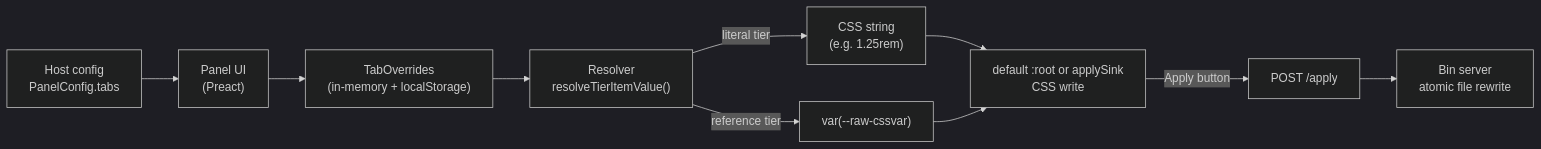
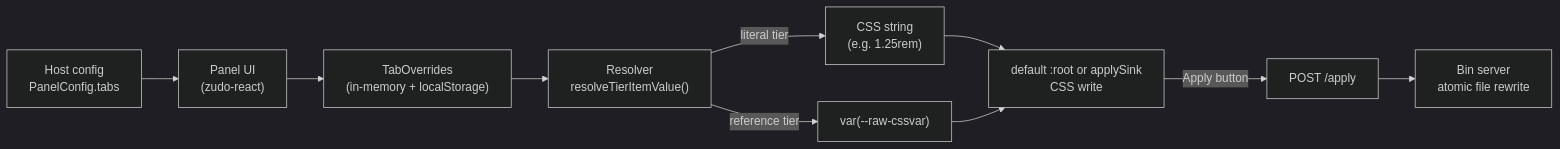
The diagram in doc/src/content/docs-ja/reference/architecture.mdx (Takazudo/zudo-design-token-panel), drawn with Mermaid (dark theme) before and after one commit. The commit also changed other lines of this file and 25 other files, not shown here.

````diff
--- a/doc/src/content/docs-ja/reference/architecture.mdx
+++ b/doc/src/content/docs-ja/reference/architecture.mdx
@@ -252,12 +252,12 @@
 ```mermaid
 flowchart LR
-    A["Host config\nPanelConfig.tabs"] --> B["Panel UI\n(Preact)"]
+    A["Host config\nPanelConfig.tabs"] --> B["Panel UI\n(zudo-react)"]
     B --> C["TabOverrides\n(in-memory + localStorage)"]
     C --> D["Resolver\nresolveTierItemValue()"]
     D -->|"literal tier"| E["CSS string\n(e.g. 1.25rem)"]
     D -->|"reference tier"| F["var(--raw-cssvar)"]
     E --> G["default :root or applySink\nCSS write"]
     F --> G
     G -->|"Apply button"| H["POST /apply"]
     H --> I["Bin server\natomic file rewrite"]
 ```
````
